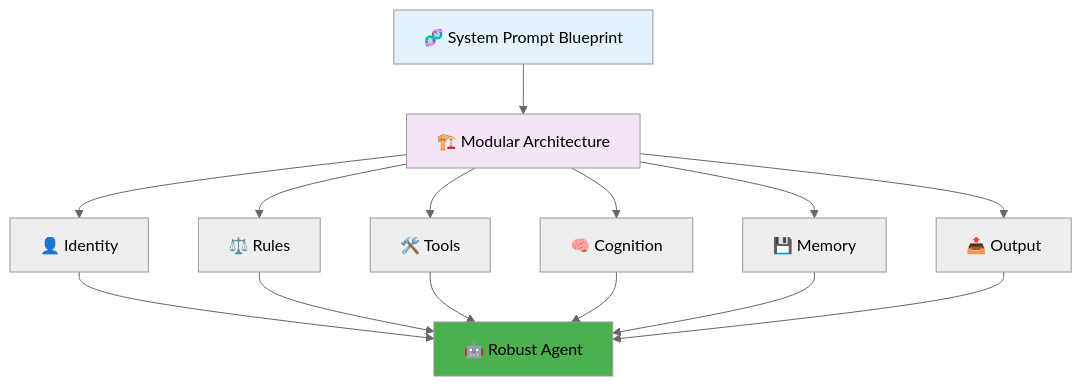
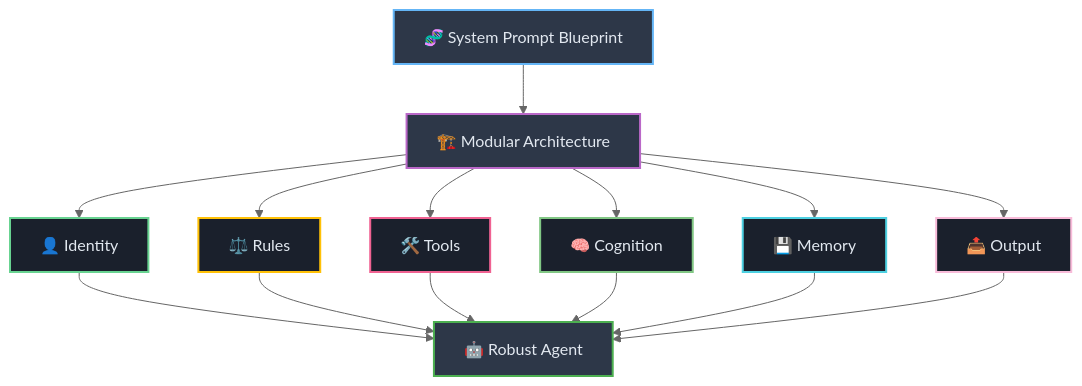
Before and after one commit to josemlopez/prompt_tutorial: the eighth of 8 diagrams in Part_II_Section_5_The_Anatomy_of_an_Agentic_System_Prompt_A_Universal_Blueprint.md, drawn with Mermaid (neutral theme). The commit also changed other lines of this file and 7 other files, not shown here.

````diff
--- a/Part_II_Section_5_The_Anatomy_of_an_Agentic_System_Prompt_A_Universal_Blueprint.md
+++ b/Part_II_Section_5_The_Anatomy_of_an_Agentic_System_Prompt_A_Universal_Blueprint.md
@@ -417,22 +432,28 @@
 ```mermaid
 graph TB
-    A[🧬 System Prompt Blueprint] --> B[🏗️ Modular Architecture]
-    
-    B --> C[👤 Identity]
-    B --> D[⚖️ Rules]
-    B --> E[🛠️ Tools]
-    B --> F[🧠 Cognition]
-    B --> G[💾 Memory]
-    B --> H[📤 Output]
-    
-    C --> I[🤖 Robust Agent]
-    D --> I
-    E --> I
-    F --> I
-    G --> I
-    H --> I
-    
-    style A fill:#e3f2fd
-    style B fill:#f3e5f5
-    style I fill:#4caf50
+   A[🧬 System Prompt Blueprint] --> B[🏗️ Modular Architecture]
+   
+   B --> C[👤 Identity]
+   B --> D[⚖️ Rules]
+   B --> E[🛠️ Tools]
+   B --> F[🧠 Cognition]
+   B --> G[💾 Memory]
+   B --> H[📤 Output]
+   
+   C --> I[🤖 Robust Agent]
+   D --> I
+   E --> I
+   F --> I
+   G --> I
+   H --> I
+   
+   style A fill:#2d3748,stroke:#64b5f6,stroke-width:2px,color:#e2e8f0
+   style B fill:#2d3748,stroke:#ba68c8,stroke-width:2px,color:#e2e8f0
+   style C fill:#1a202c,stroke:#68d391,stroke-width:2px,color:#e2e8f0
+   style D fill:#1a202c,stroke:#ffc107,stroke-width:2px,color:#e2e8f0
+   style E fill:#1a202c,stroke:#f06292,stroke-width:2px,color:#e2e8f0
+   style F fill:#1a202c,stroke:#81c784,stroke-width:2px,color:#e2e8f0
+   style G fill:#1a202c,stroke:#4dd0e1,stroke-width:2px,color:#e2e8f0
+   style H fill:#1a202c,stroke:#f8bbd9,stroke-width:2px,color:#e2e8f0
+   style I fill:#2d3748,stroke:#4caf50,stroke-width:2px,color:#e2e8f0
 ```
````
